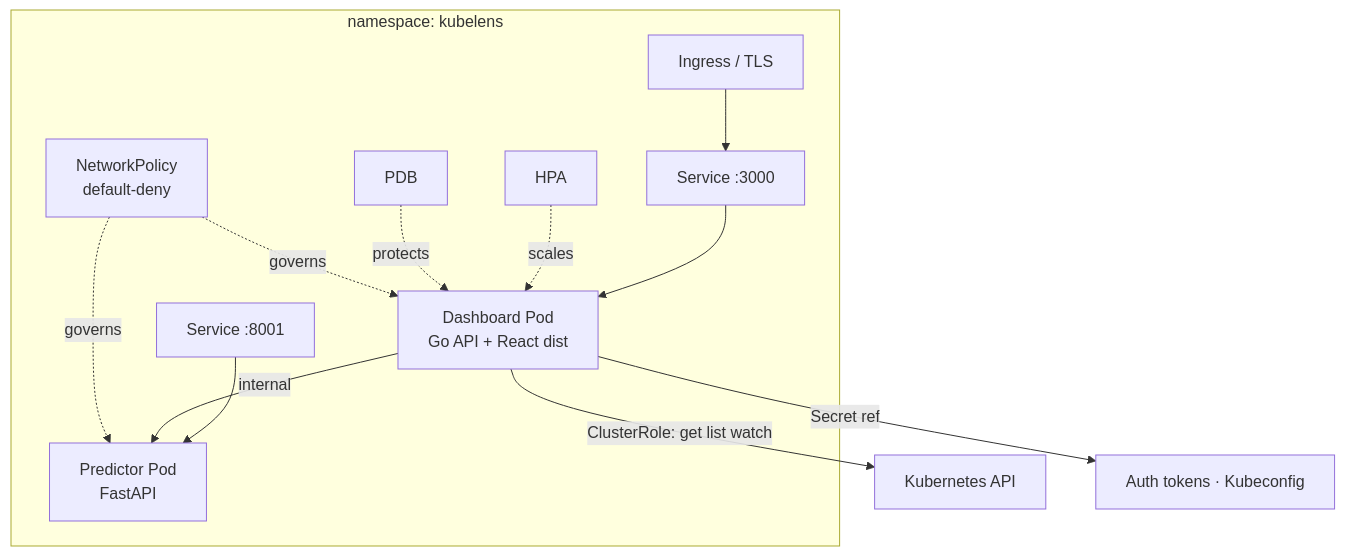
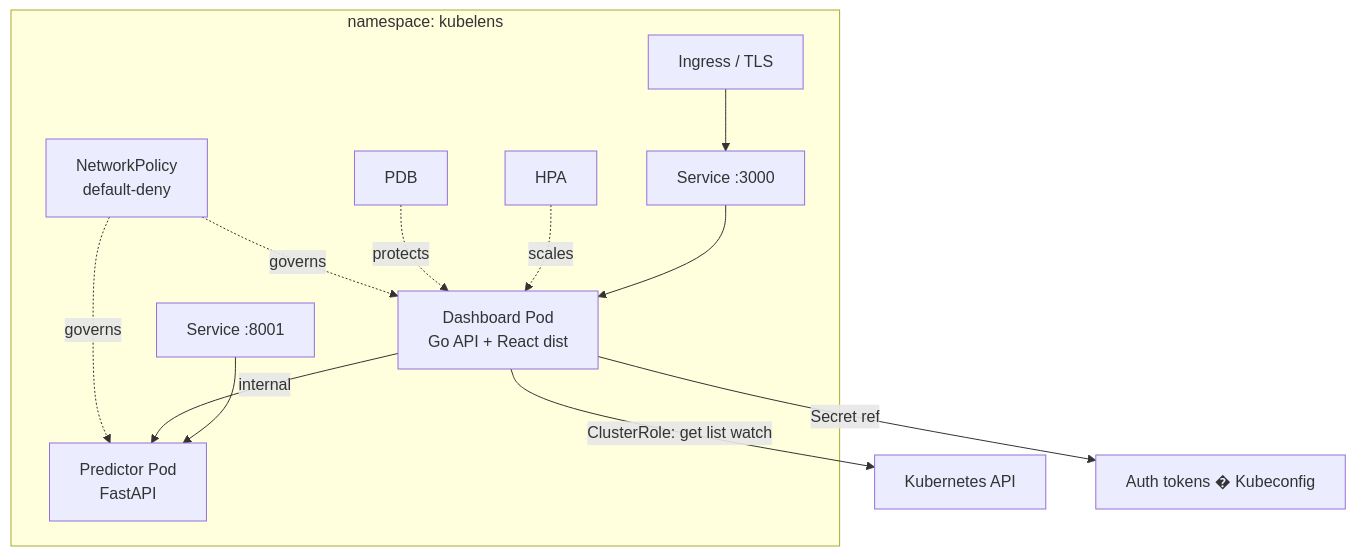
One commit to AnouarMohamed/KubLens-AI changed the third of 3 diagrams in docs/ARCHITECTURE.md. Above: the diagram before and after it, drawn with Mermaid. The commit also changed other lines of this file and 108 other files, not shown here.

Commit message:
feat: upgrade platform architecture and observability

````diff
--- a/docs/ARCHITECTURE.md
+++ b/docs/ARCHITECTURE.md
@@ -46,17 +49,17 @@
 ```mermaid
 flowchart TD
     subgraph NS ["namespace: kubelens"]
         Ingress["Ingress / TLS"] --> SVC["Service :3000"]
         SVC --> POD["Dashboard Pod\nGo API + React dist"]
         SVC2["Service :8001"] --> PRED["Predictor Pod\nFastAPI"]
         POD -->|internal| PRED
 
         HPA["HPA"] -.->|scales| POD
         PDB["PDB"] -.->|protects| POD
         NP["NetworkPolicy\ndefault-deny"] -.->|governs| POD
         NP -.->|governs| PRED
     end
 
     POD -->|"ClusterRole: get list watch"| K8S["Kubernetes API"]
-    POD -->|Secret ref| SEC[" Auth tokens · Kubeconfig"]
+    POD -->|Secret ref| SEC["Auth tokens � Kubeconfig"]
 ```
````
